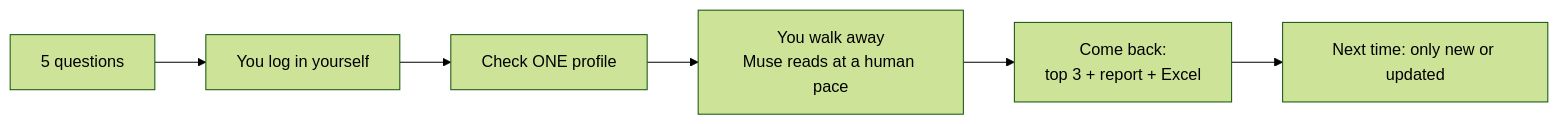
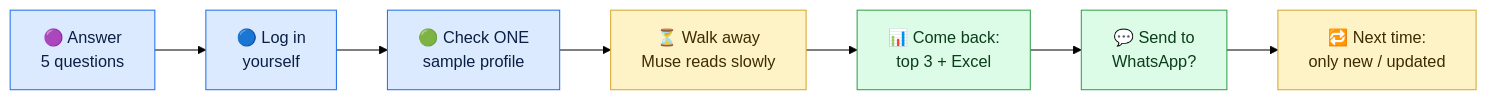
One commit to MakeLifesBetter/MatrimonyMatchScoutAIAgent changed the first of 2 diagrams in README.md. Above: the diagram before and after it, drawn with Mermaid (forest theme). The commit also changed other lines of this file and 13 other files, not shown here.

First line of the commit message:
v0.3.4: Excel + WhatsApp delivery, three-part summary, colour README

````diff
--- a/README.md
+++ b/README.md
@@ -58,8 +95,12 @@
 ```mermaid
 flowchart LR
-    A[5 questions] --> B[You log in yourself]
-    B --> C[Check ONE profile]
-    C --> D[You walk away<br/>Muse reads at a human pace]
-    D --> E[Come back:<br/>top 3 + report + Excel]
-    E --> F[Next time: only new or updated]
+    A["🟣 Answer<br/>5 questions"]:::you --> B["🔵 Log in<br/>yourself"]:::you
+    B --> C["🟢 Check ONE<br/>sample profile"]:::you
+    C --> D["⏳ Walk away<br/>Muse reads slowly"]:::muse
+    D --> E["📊 Come back:<br/>top 3 + Excel"]:::result
+    E --> F["💬 Send to<br/>WhatsApp?"]:::result
+    F --> G["🔁 Next time:<br/>only new / updated"]:::muse
+    classDef you fill:#dbeafe,stroke:#1f6feb,color:#0b1f44
+    classDef muse fill:#fef3c7,stroke:#d4a72c,color:#3d2c00
+    classDef result fill:#dcfce7,stroke:#2ea043,color:#0b3d1a
 ```
````
